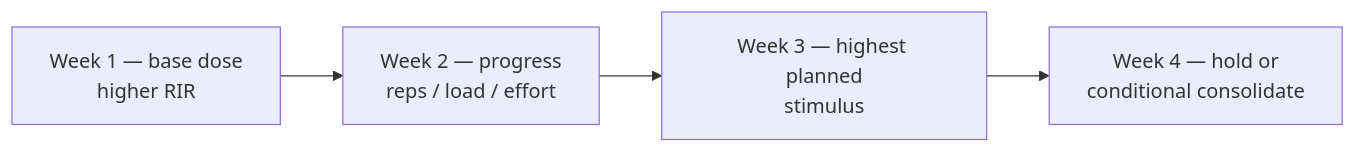
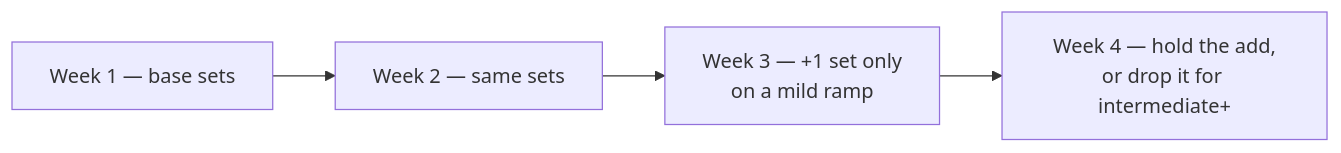
One commit to jeriel-rb/pacergo-app changed the third of 5 diagrams in docs/plan-engine/architecture.md. Above: the diagram before and after it, drawn with Mermaid. The commit also changed other lines of this file and 80 other files, not shown here.

````diff
--- a/docs/plan-engine/architecture.md
+++ b/docs/plan-engine/architecture.md
@@ -63,6 +92,6 @@
 ```mermaid
 flowchart LR
-  W1[Week 1 — base dose<br/>higher RIR] --> W2[Week 2 — progress<br/>reps / load / effort]
-  W2 --> W3[Week 3 — highest planned<br/>stimulus]
-  W3 --> W4[Week 4 — hold or<br/>conditional consolidate]
+  W1[Week 1 — base sets] --> W2[Week 2 — same sets]
+  W2 --> W3[Week 3 — +1 set only<br/>on a mild ramp]
+  W3 --> W4[Week 4 — hold the add,<br/>or drop it for intermediate+]
 ```
````
